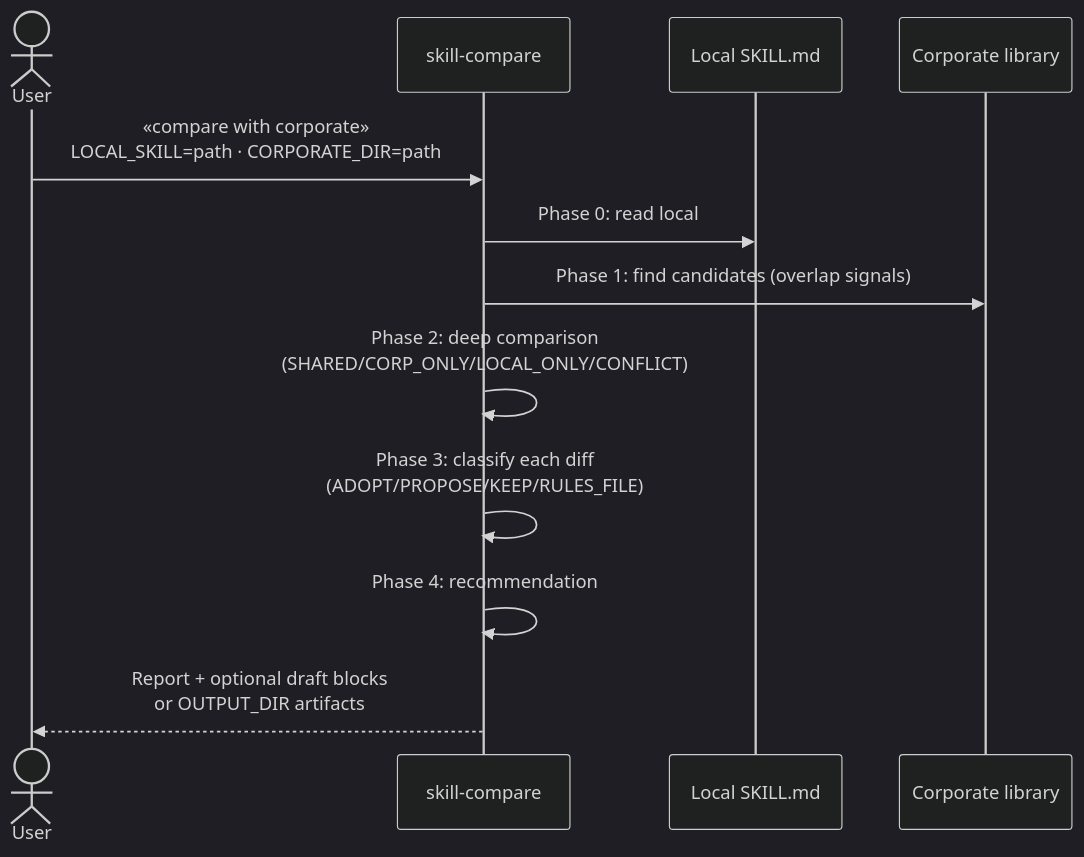
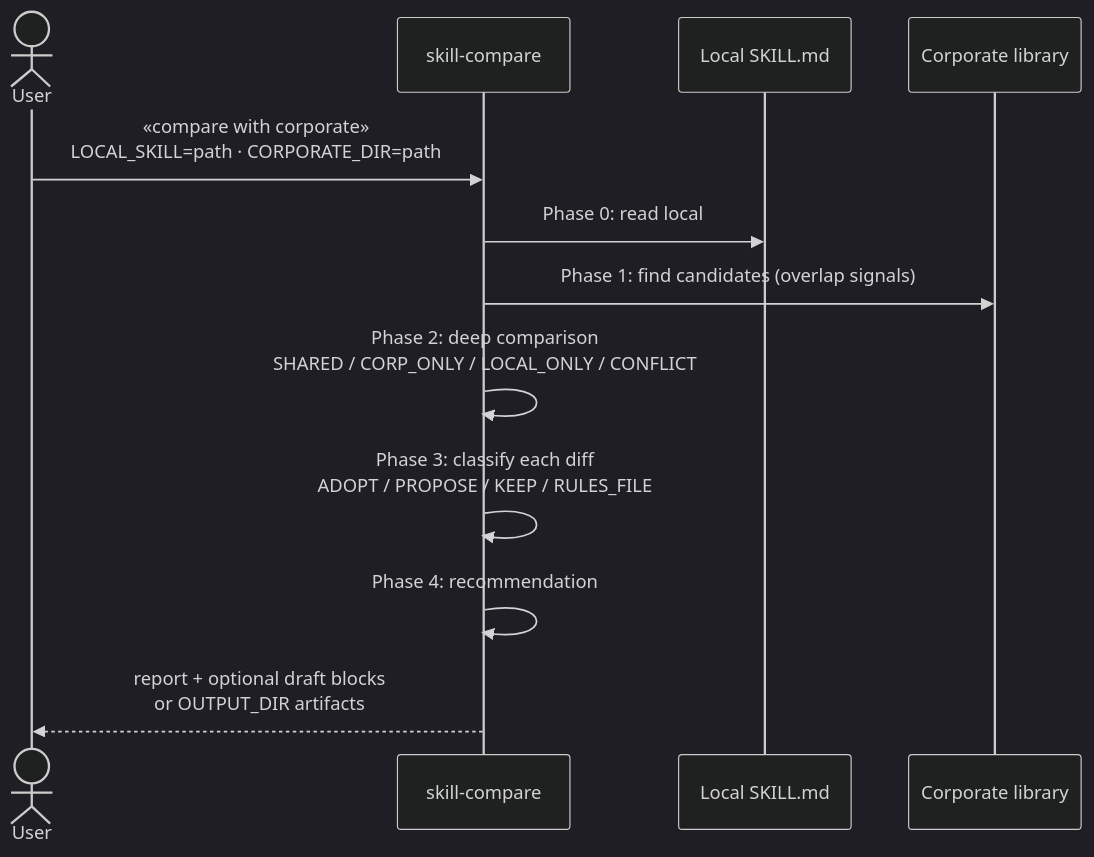
Before and after one commit to artemrudenko/skill-governance-toolkit: the eighth of 9 diagrams in docs/user-guide.ru.md, drawn with Mermaid (dark theme). The commit also changed other lines of this file and 1 other file, not shown here.

````diff
--- a/docs/user-guide.ru.md
+++ b/docs/user-guide.ru.md
@@ -832,15 +485,15 @@
 ```mermaid
 sequenceDiagram
     actor U as User
     participant C as skill-compare
     participant L as Local SKILL.md
     participant CR as Corporate library
 
     U->>C: «compare with corporate»<br/>LOCAL_SKILL=path · CORPORATE_DIR=path
     C->>L: Phase 0: read local
     C->>CR: Phase 1: find candidates (overlap signals)
-    C->>C: Phase 2: deep comparison<br/>(SHARED/CORP_ONLY/LOCAL_ONLY/CONFLICT)
-    C->>C: Phase 3: classify each diff<br/>(ADOPT/PROPOSE/KEEP/RULES_FILE)
+    C->>C: Phase 2: deep comparison<br/>SHARED / CORP_ONLY / LOCAL_ONLY / CONFLICT
+    C->>C: Phase 3: classify each diff<br/>ADOPT / PROPOSE / KEEP / RULES_FILE
     C->>C: Phase 4: recommendation
-    C-->>U: Report + optional draft blocks<br/>or OUTPUT_DIR artifacts
+    C-->>U: report + optional draft blocks<br/>or OUTPUT_DIR artifacts
 ```
````
